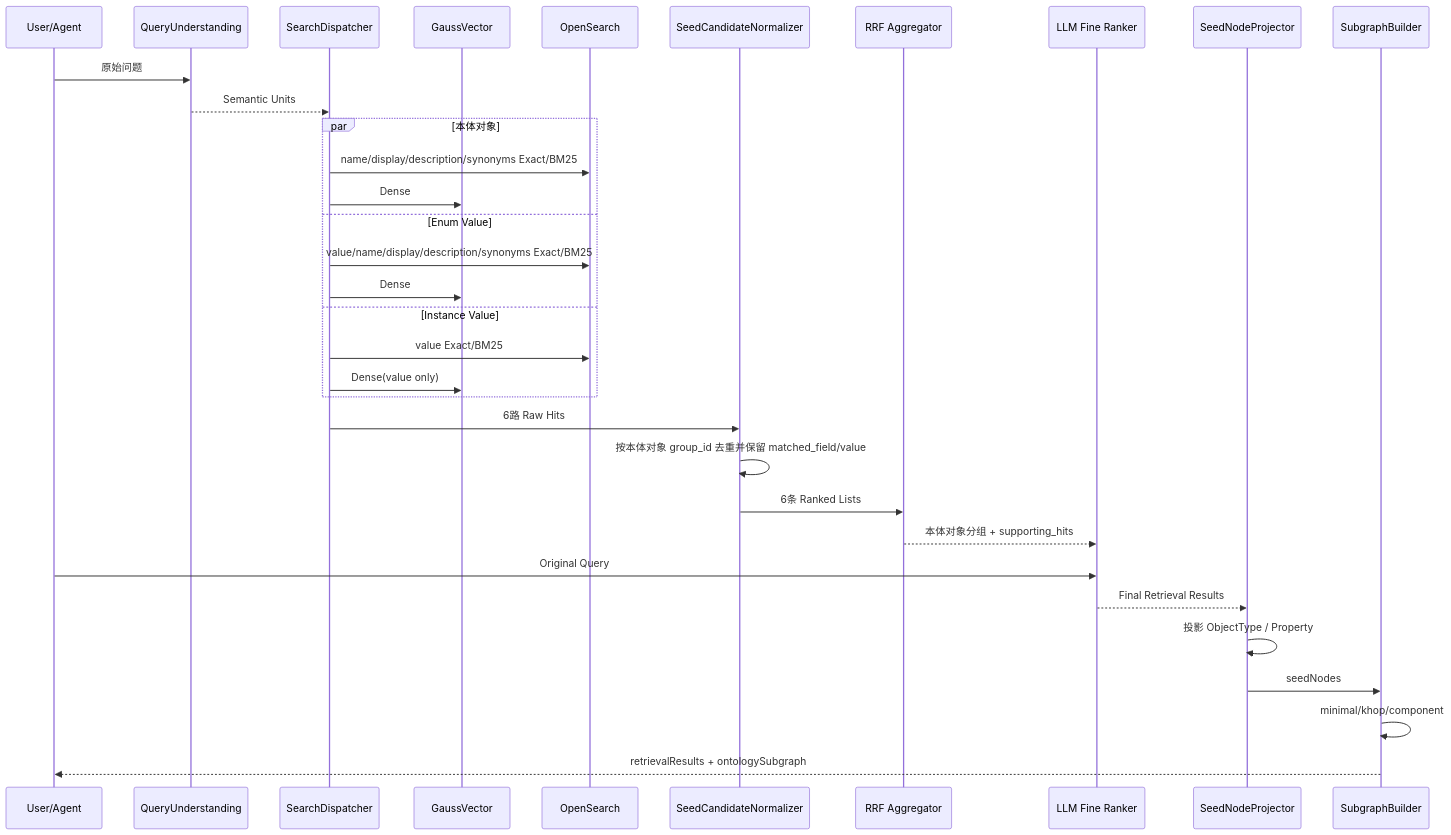
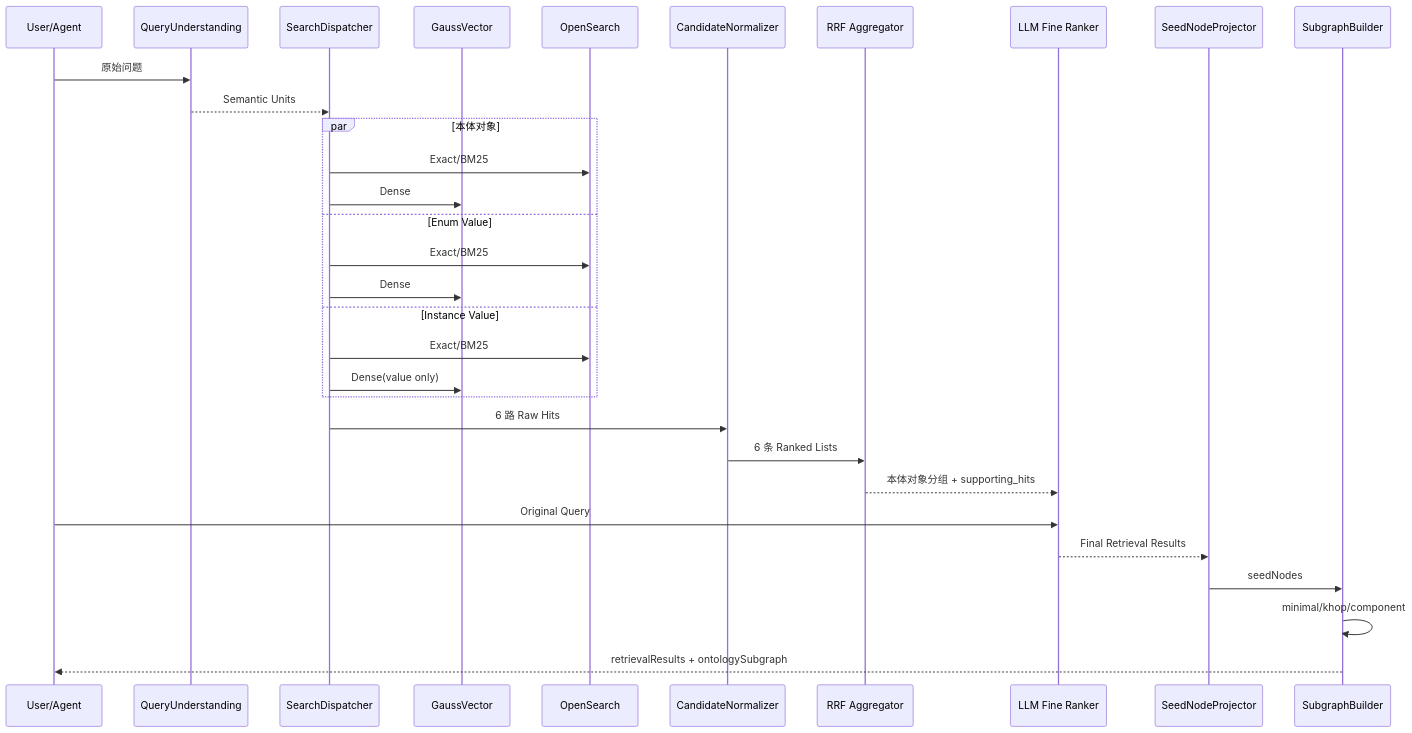
Before and after one commit to cfwl100/onology_dsl: the seventh of 7 diagrams in docs/OAG本体锚点语义检索与向量索引设计方案.md, drawn with Mermaid. The commit also changed other lines of this file, not shown here.

````diff
--- a/docs/OAG本体锚点语义检索与向量索引设计方案.md
+++ b/docs/OAG本体锚点语义检索与向量索引设计方案.md
@@ -4618,38 +2651,34 @@
 ```mermaid
 sequenceDiagram
     participant U as User/Agent
     participant QU as QueryUnderstanding
     participant D as SearchDispatcher
     participant GV as GaussVector
     participant OS as OpenSearch
-    participant N as SeedCandidateNormalizer
+    participant N as CandidateNormalizer
     participant R as RRF Aggregator
     participant L as LLM Fine Ranker
     participant P as SeedNodeProjector
     participant G as SubgraphBuilder
 
     U->>QU: 原始问题
     QU-->>D: Semantic Units
-
     par 本体对象
-      D->>OS: name/display/description/synonyms Exact/BM25
+      D->>OS: Exact/BM25
       D->>GV: Dense
     and Enum Value
-      D->>OS: value/name/display/description/synonyms Exact/BM25
+      D->>OS: Exact/BM25
       D->>GV: Dense
     and Instance Value
-      D->>OS: value Exact/BM25
+      D->>OS: Exact/BM25
       D->>GV: Dense(value only)
     end
-
-    D->>N: 6路 Raw Hits
-    N->>N: 按本体对象 group_id 去重并保留 matched_field/value
-    N->>R: 6条 Ranked Lists
+    D->>N: 6 路 Raw Hits
+    N->>R: 6 条 Ranked Lists
     R-->>L: 本体对象分组 + supporting_hits
     U->>L: Original Query
     L-->>P: Final Retrieval Results
-    P->>P: 投影 ObjectType / Property
     P->>G: seedNodes
     G->>G: minimal/khop/component
     G-->>U: retrievalResults + ontologySubgraph
 ```
````
